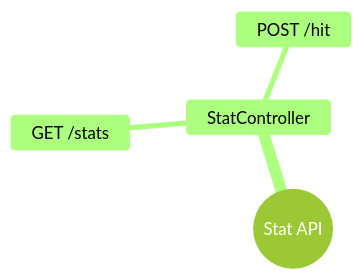
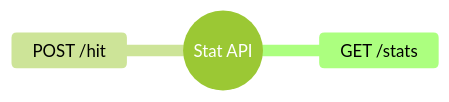
One commit to AleksOBM/java-explore-with-me-plus changed the fourth of 4 diagrams in readme.md. Above: the diagram before and after it, drawn with Mermaid (forest theme). The commit also changed other lines of this file, not shown here.

````diff
--- a/readme.md
+++ b/readme.md
@@ -110,7 +101,6 @@
 ```mermaid
 mindmap
   root((Stat API))
-    StatController
         GET /stats
         POST /hit
 ```
````
